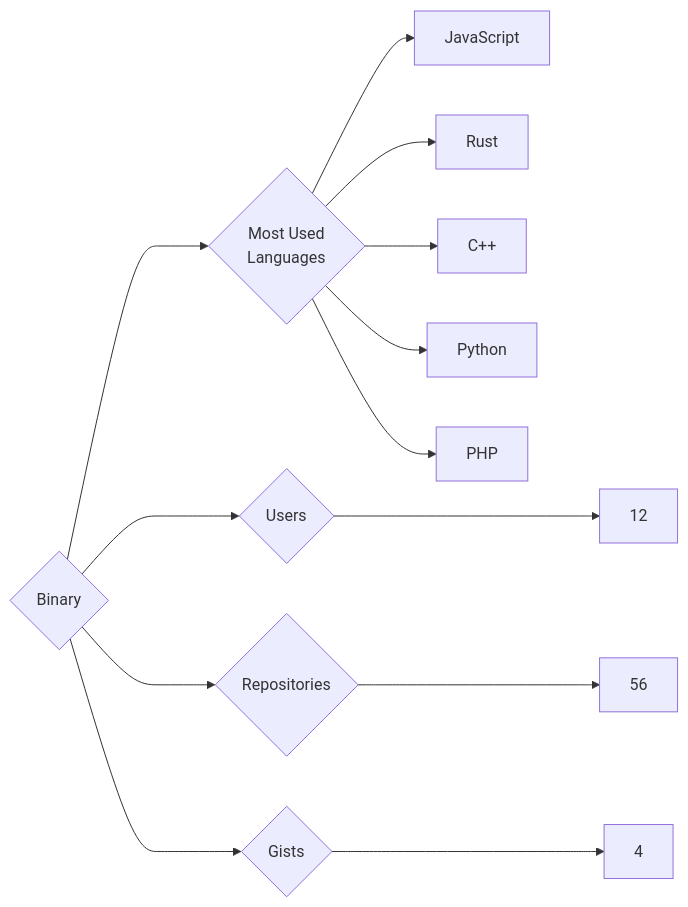
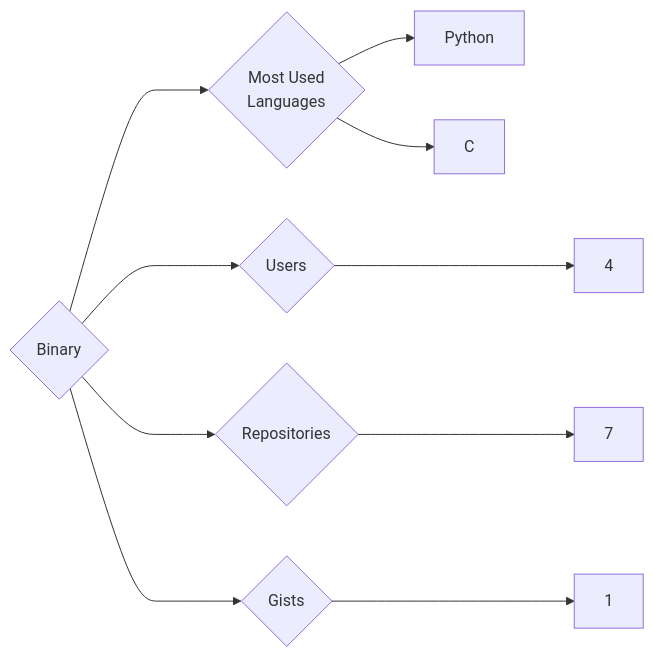
Before and after one commit to trickest/insiders: the diagram in targets/Binary/README.md, drawn with Mermaid. The commit also changed 823 other files, not shown here.

````diff
--- a/targets/Binary/README.md
+++ b/targets/Binary/README.md
@@ -3,13 +3,10 @@
 ```mermaid
 graph LR
 COMPANY_NAME{Binary}
-COMPANY_NAME ---> U{Users} ---> UN[12]
-COMPANY_NAME ---> R{Repositories} ---> RN[56]
-COMPANY_NAME ---> G{Gists} ---> GN[4]
+COMPANY_NAME ---> U{Users} ---> UN[4]
+COMPANY_NAME ---> R{Repositories} ---> RN[7]
+COMPANY_NAME ---> G{Gists} ---> GN[1]
 COMPANY_NAME ---> ML{Most Used<br>Languages}
-ML --> JavaScript[JavaScript]
-ML --> Rust[Rust]
-ML --> C++[C++]
 ML --> Python[Python]
-ML --> PHP[PHP]
+ML --> C[C]
 ```
````
